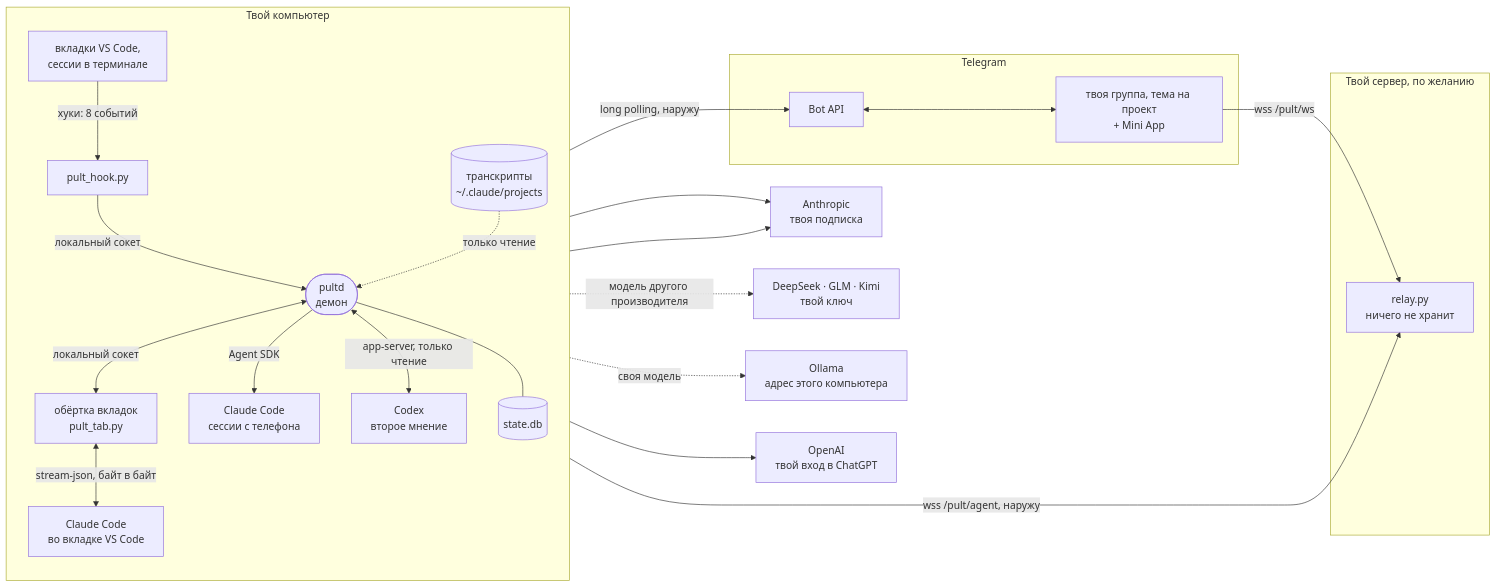
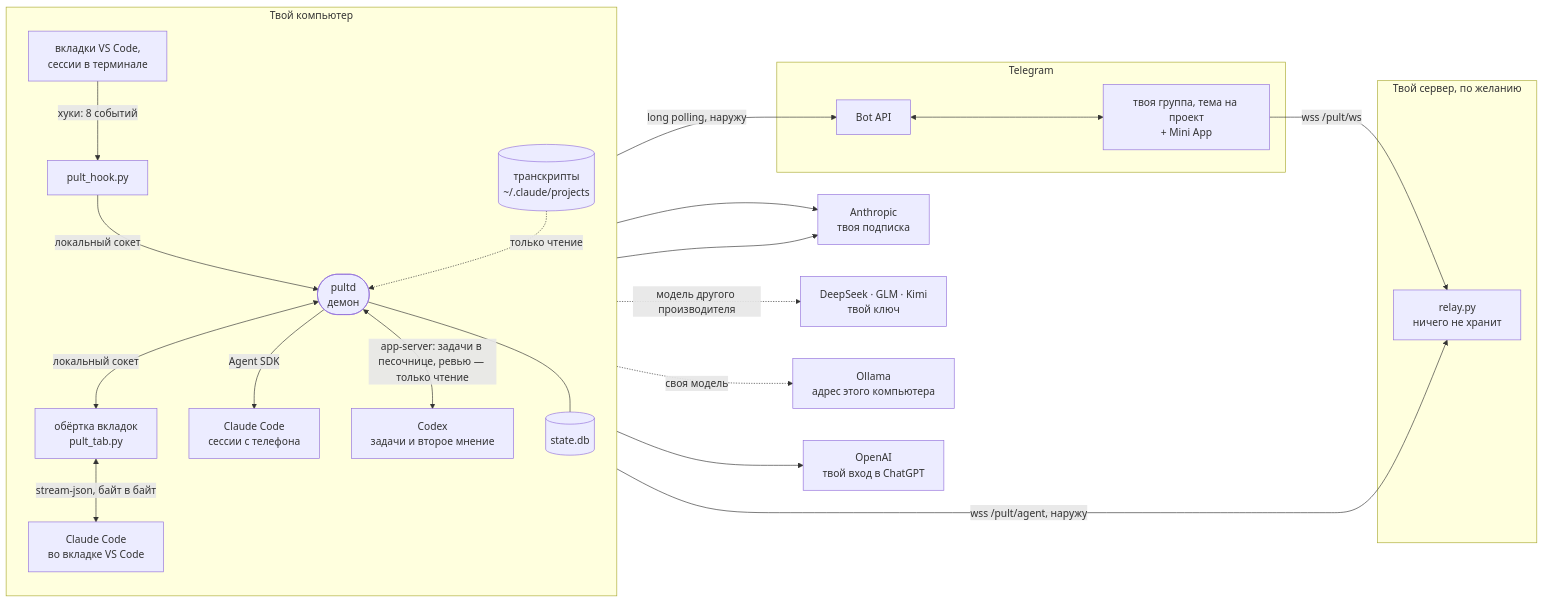
One commit to pulthq/pult changed the first of 6 diagrams in ARCHITECTURE.ru.md. Above: the diagram before and after it, drawn with Mermaid. The commit also changed other lines of this file and 62 other files, not shown here.

````diff
--- a/ARCHITECTURE.ru.md
+++ b/ARCHITECTURE.ru.md
@@ -14,30 +14,30 @@
 ```mermaid
 flowchart LR
   subgraph PC["Твой компьютер"]
     direction TB
     TAB["вкладки VS Code,<br/>сессии в терминале"] -->|"хуки: 8 событий"| HOOK["pult_hook.py"]
     HOOK -->|"локальный сокет"| D(["pultd<br/>демон"])
     D <-->|"локальный сокет"| WRAP["обёртка вкладок<br/>pult_tab.py"]
     WRAP <-->|"stream-json, байт в байт"| CCT["Claude Code<br/>во вкладке VS Code"]
     D -->|"Agent SDK"| CCS["Claude Code<br/>сессии с телефона"]
-    D <-->|"app-server, только чтение"| CX["Codex<br/>второе мнение"]
+    D <-->|"app-server: задачи в песочнице, ревью — только чтение"| CX["Codex<br/>задачи и второе мнение"]
     LOGS[("транскрипты<br/>~/.claude/projects")] -.->|"только чтение"| D
     D --- DB[("state.db")]
   end
   subgraph SRV["Твой сервер, по желанию"]
     R["relay.py<br/>ничего не хранит"]
   end
   subgraph TG["Telegram"]
     API["Bot API"]
     APP["твоя группа, тема на проект<br/>+ Mini App"]
   end
   D -->|"long polling, наружу"| API
   API <--> APP
   APP -->|"wss /pult/ws"| R
   D -->|"wss /pult/agent, наружу"| R
   CCT --> ANT["Anthropic<br/>твоя подписка"]
   CCS --> ANT
   CCS -.->|"модель другого производителя"| VEN["DeepSeek · GLM · Kimi<br/>твой ключ"]
   CCS -.->|"своя модель"| OLL["Ollama<br/>адрес этого компьютера"]
   CX --> OAI["OpenAI<br/>твой вход в ChatGPT"]
 ```
````
